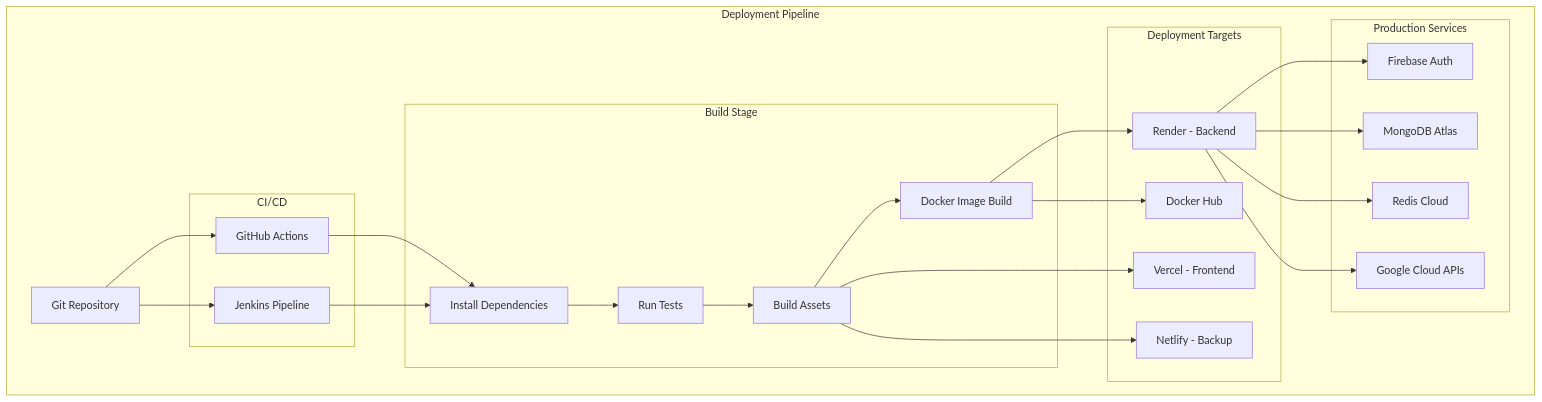
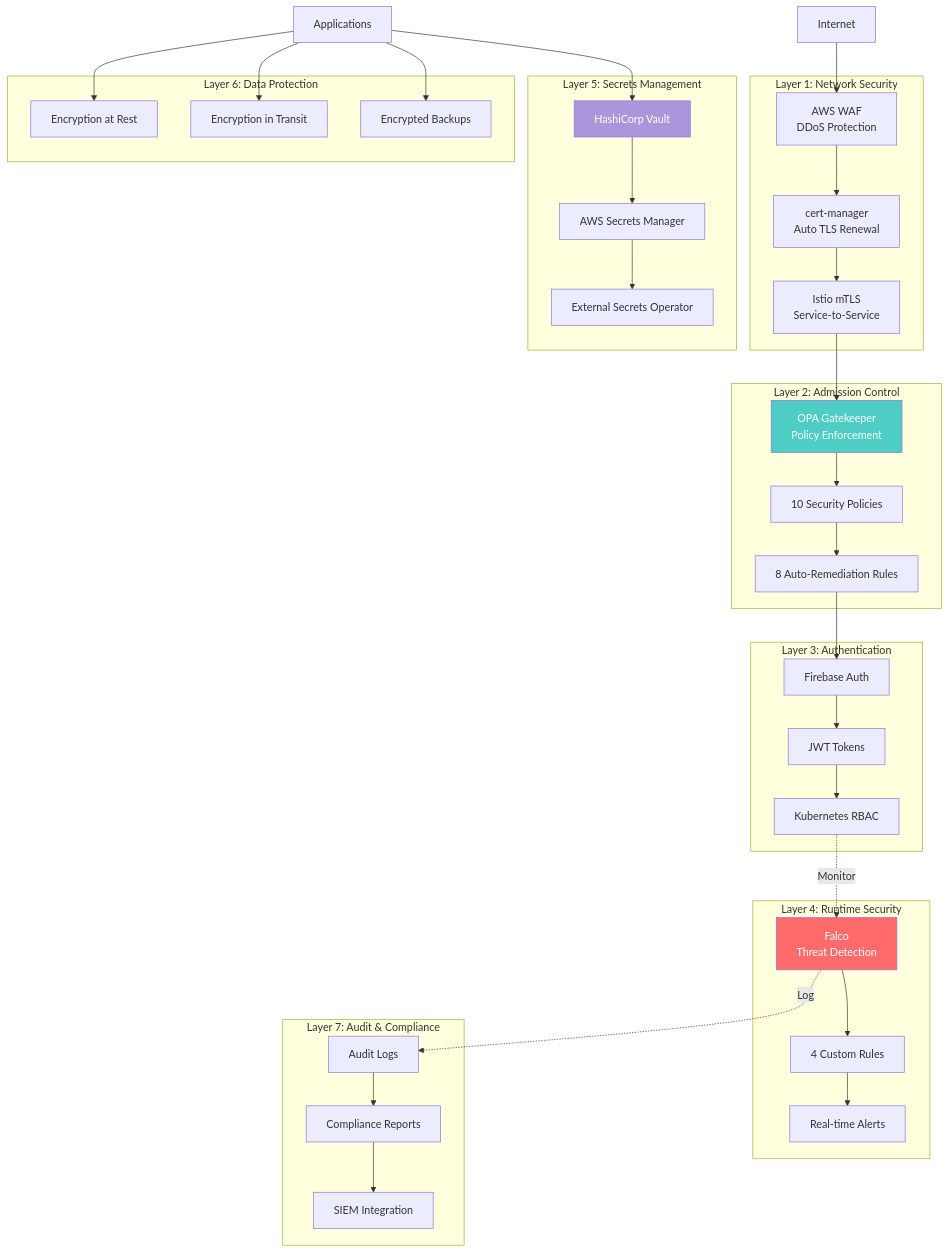
Diagram 18 of 26 in ARCHITECTURE.md (Derek-miranda/DocuThinker-AI), drawn with Mermaid before and after one commit. The commit also changed other lines of this file and 36 other files, not shown here.

Commit message:
feat(istio): add peer authentication and authorization policies for enhanced security

````diff
--- a/ARCHITECTURE.md
+++ b/ARCHITECTURE.md
@@ -923,52 +1475,76 @@
 ```mermaid
 graph TB
-    subgraph "Deployment Pipeline"
-        A[Git Repository]
-
-        subgraph "CI/CD"
-            B[GitHub Actions]
-            C[Jenkins Pipeline]
-        end
-
-        subgraph "Build Stage"
-            D[Install Dependencies]
-            E[Run Tests]
-            F[Build Assets]
-            G[Docker Image Build]
-        end
-
-        subgraph "Deployment Targets"
-            H[Vercel - Frontend]
-            I[Render - Backend]
-            J[Netlify - Backup]
-            K[Docker Hub]
-        end
-
-        subgraph "Production Services"
-            L[Firebase Auth]
-            M[MongoDB Atlas]
-            N[Redis Cloud]
-            O[Google Cloud APIs]
-        end
+    subgraph "Layer 1: Network Security"
+        WAF[AWS WAF<br/>DDoS Protection]
+        TLS[cert-manager<br/>Auto TLS Renewal]
+        MTLS[Istio mTLS<br/>Service-to-Service]
     end
 
-    A --> B
-    A --> C
+    subgraph "Layer 2: Admission Control"
+        OPA[OPA Gatekeeper<br/>Policy Enforcement]
+        POLICIES[10 Security Policies]
+        MUTATIONS[8 Auto-Remediation Rules]
+    end
 
-    B --> D
-    C --> D
+    subgraph "Layer 3: Authentication"
+        FIREBASE[Firebase Auth]
+        JWT[JWT Tokens]
+        RBAC[Kubernetes RBAC]
+    end
 
-    D --> E
-    E --> F
-    F --> G
+    subgraph "Layer 4: Runtime Security"
+        FALCO[Falco<br/>Threat Detection]
+        RULES[4 Custom Rules]
+        ALERTS[Real-time Alerts]
+    end
 
-    F --> H
-    G --> I
-    F --> J
-    G --> K
+    subgraph "Layer 5: Secrets Management"
+        VAULT[HashiCorp Vault]
+        AWS_SM[AWS Secrets Manager]
+        ESO[External Secrets Operator]
+    end
 
-    I --> L
-    I --> M
-    I --> N
-    I --> O
+    subgraph "Layer 6: Data Protection"
+        ENCRYPT_REST[Encryption at Rest]
+        ENCRYPT_TRANSIT[Encryption in Transit]
+        BACKUP[Encrypted Backups]
+    end
+
+    subgraph "Layer 7: Audit & Compliance"
+        AUDIT[Audit Logs]
+        COMPLIANCE[Compliance Reports]
+        SIEM[SIEM Integration]
+    end
+
+    INTERNET[Internet] --> WAF
+    WAF --> TLS
+    TLS --> MTLS
+
+    MTLS --> OPA
+    OPA --> POLICIES
+    POLICIES --> MUTATIONS
+
+    MUTATIONS --> FIREBASE
+    FIREBASE --> JWT
+    JWT --> RBAC
+
+    RBAC -.->|Monitor| FALCO
+    FALCO --> RULES
+    RULES --> ALERTS
+
+    APP[Applications] --> VAULT
+    VAULT --> AWS_SM
+    AWS_SM --> ESO
+
+    APP --> ENCRYPT_REST
+    APP --> ENCRYPT_TRANSIT
+    APP --> BACKUP
+
+    FALCO -.->|Log| AUDIT
+    AUDIT --> COMPLIANCE
+    COMPLIANCE --> SIEM
+
+    style OPA fill:#4ECDC4,color:#fff
+    style FALCO fill:#FF6B6B,color:#fff
+    style VAULT fill:#AA96DA,color:#fff
 ```
````
